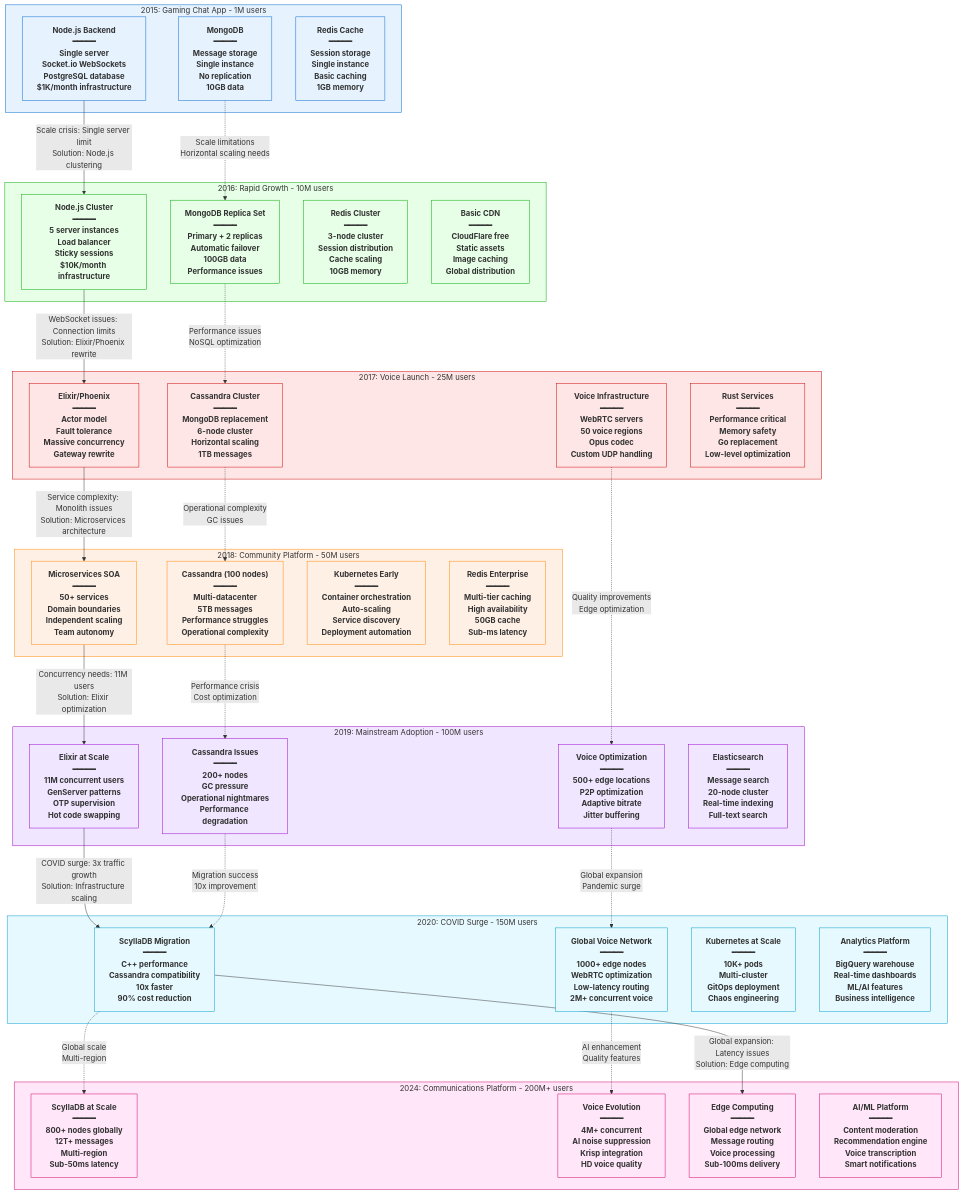
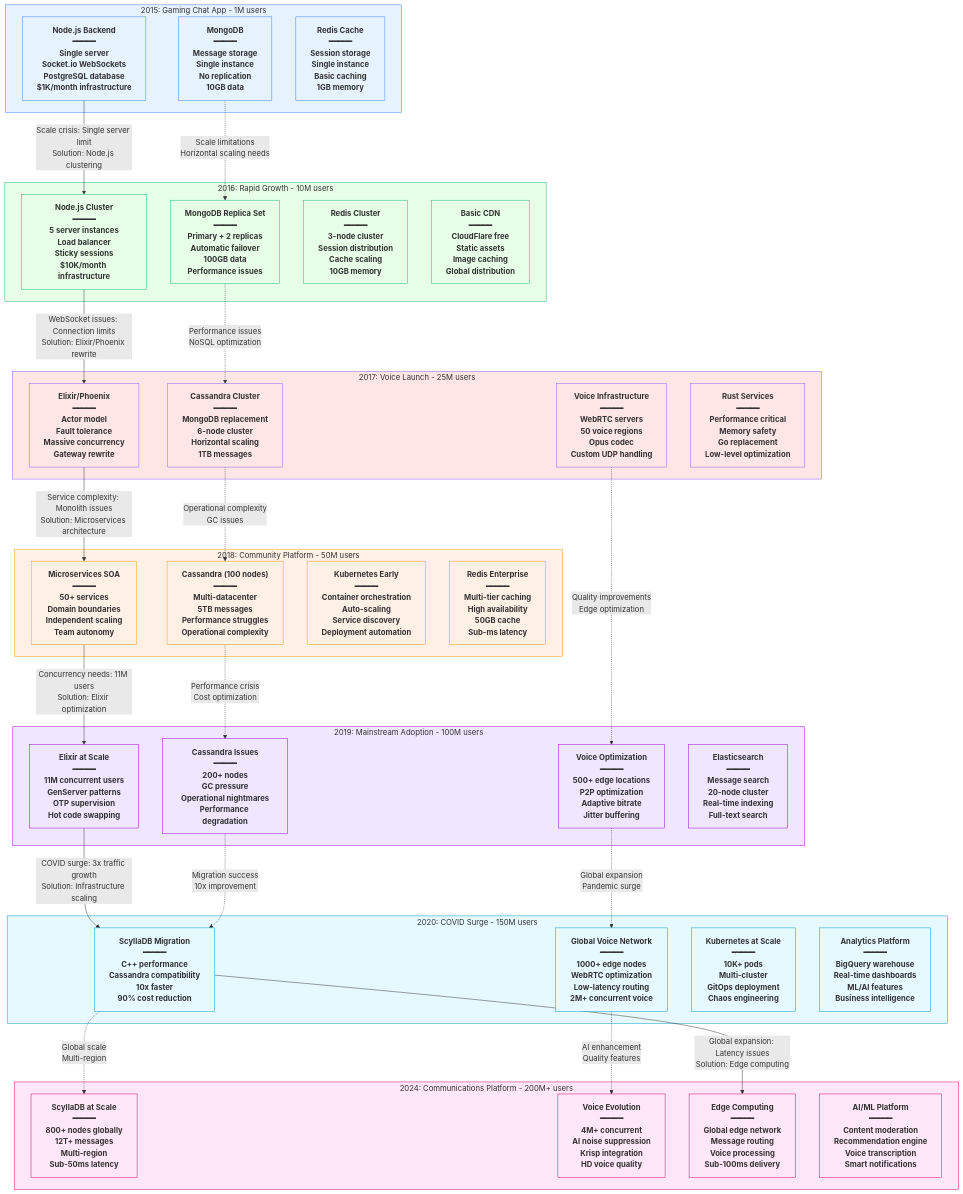
Before and after one commit to deepaucksharma/DS: the diagram in site/docs/systems/discord/scale-evolution.md, drawn with Mermaid. The commit also changed 303 other files, not shown here.

````diff
--- a/site/docs/systems/discord/scale-evolution.md
+++ b/site/docs/systems/discord/scale-evolution.md
@@ -7,7 +7,7 @@
 ```mermaid
 graph TB
     subgraph Scale2015["2015: Gaming Chat App - 1M users"]
-        style Scale2015 fill:#e6f3ff,stroke:#0066CC,color:#333
+        style Scale2015 fill:#e6f3ff,stroke:#3B82F6,color:#333
 
         SimpleNodeJS["Node.js Backend<br/>━━━━━<br/>Single server<br/>Socket.io WebSockets<br/>PostgreSQL database<br/>$1K/month infrastructure"]
 
@@ -17,7 +17,7 @@
     end
 
     subgraph Scale2016["2016: Rapid Growth - 10M users"]
-        style Scale2016 fill:#e6ffe6,stroke:#00AA00,color:#333
+        style Scale2016 fill:#e6ffe6,stroke:#10B981,color:#333
 
         NodeCluster["Node.js Cluster<br/>━━━━━<br/>5 server instances<br/>Load balancer<br/>Sticky sessions<br/>$10K/month infrastructure"]
 
@@ -29,7 +29,7 @@
     end
 
     subgraph Scale2017["2017: Voice Launch - 25M users"]
-        style Scale2017 fill:#ffe6e6,stroke:#CC0000,color:#333
+        style Scale2017 fill:#ffe6e6,stroke:#8B5CF6,color:#333
 
         ElixirTransition["Elixir/Phoenix<br/>━━━━━<br/>Actor model<br/>Fault tolerance<br/>Massive concurrency<br/>Gateway rewrite"]
 
@@ -41,7 +41,7 @@
     end
 
     subgraph Scale2018["2018: Community Platform - 50M users"]
-        style Scale2018 fill:#fff0e6,stroke:#FF8800,color:#333
+        style Scale2018 fill:#fff0e6,stroke:#F59E0B,color:#333
 
         MicroservicesArch["Microservices SOA<br/>━━━━━<br/>50+ services<br/>Domain boundaries<br/>Independent scaling<br/>Team autonomy"]
 
@@ -110,10 +110,10 @@
     VoiceGlobal -.->|"AI enhancement<br/>Quality features"| VoiceEvolution
 
     %% Apply colors for different time periods
-    classDef scale2015 fill:#e6f3ff,stroke:#0066CC,color:#333,font-weight:bold
-    classDef scale2016 fill:#e6ffe6,stroke:#00AA00,color:#333,font-weight:bold
-    classDef scale2017 fill:#ffe6e6,stroke:#CC0000,color:#333,font-weight:bold
-    classDef scale2018 fill:#fff0e6,stroke:#FF8800,color:#333,font-weight:bold
+    classDef scale2015 fill:#e6f3ff,stroke:#3B82F6,color:#333,font-weight:bold
+    classDef scale2016 fill:#e6ffe6,stroke:#10B981,color:#333,font-weight:bold
+    classDef scale2017 fill:#ffe6e6,stroke:#8B5CF6,color:#333,font-weight:bold
+    classDef scale2018 fill:#fff0e6,stroke:#F59E0B,color:#333,font-weight:bold
     classDef scale2019 fill:#f0e6ff,stroke:#9900CC,color:#333,font-weight:bold
     classDef scale2020 fill:#e6f9ff,stroke:#0099CC,color:#333,font-weight:bold
     classDef scale2024 fill:#ffe6f9,stroke:#CC0066,color:#333,font-weight:bold
````
